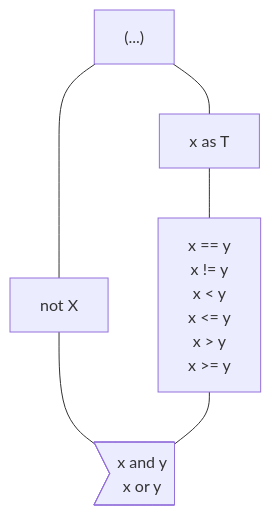
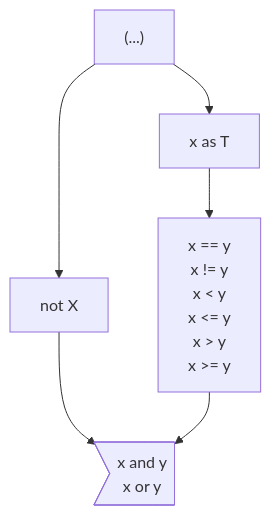
The first of 2 diagrams in docs/design/expressions/README.md (carbon-language/carbon-lang), drawn with Mermaid before and after one commit. The commit also changed other lines of this file, not shown here.

````diff
--- a/docs/design/expressions/README.md
+++ b/docs/design/expressions/README.md
@@ -65,8 +65,8 @@
 ```mermaid
 graph TD
-    parens["(...)"] --- as & not
-    as["x as T"] --- comparison
-    not["not X"] --- and_or
-    comparison["x == y<br> x != y<br> x < y<br> x <= y<br> x > y<br> x >= y"] --- and_or
+    parens["(...)"] --> as & not
+    as["x as T"] --> comparison
+    not["not X"] --> and_or
+    comparison["x == y<br> x != y<br> x < y<br> x <= y<br> x > y<br> x >= y"] --> and_or
     and_or>"x and y<br> x or y"]
 ```
````
